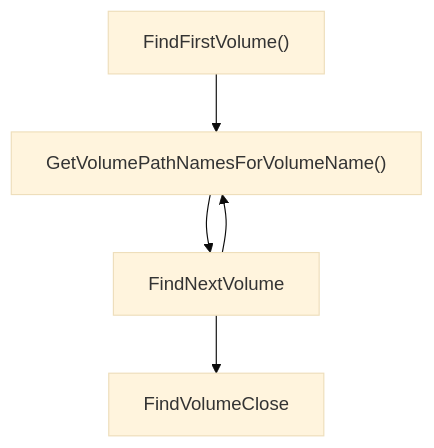
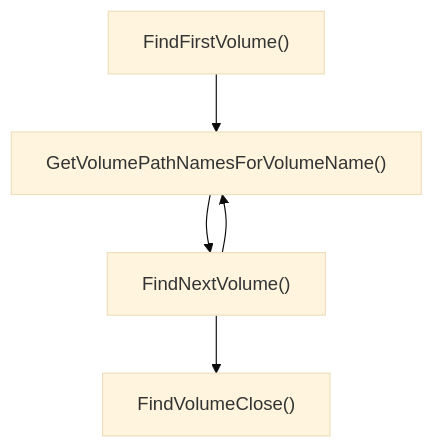
The third of 6 diagrams in README.md (LaoReng/RemoteCtrl), drawn with Mermaid (base theme) before and after one commit. The commit also changed other lines of this file and 7 other files, not shown here.

````diff
--- a/README.md
+++ b/README.md
@@ -180,7 +180,7 @@
 ```mermaid
 graph TD;
 	A["FindFirstVolume()"] --> B["GetVolumePathNamesForVolumeName()"]
-	B --> C["FindNextVolume"]
+	B --> C["FindNextVolume()"]
 	C --> B
-	C --> D["FindVolumeClose"]
+	C --> D["FindVolumeClose()"]
 ```
````
